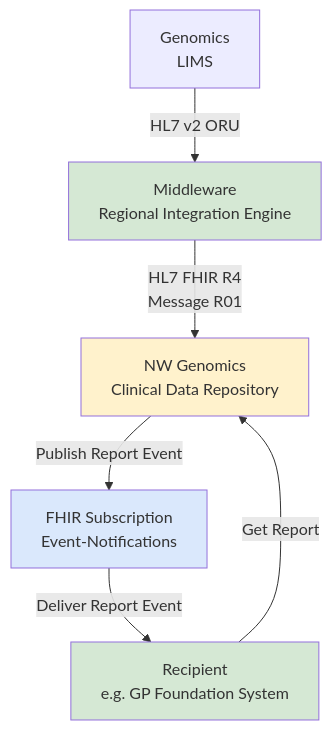
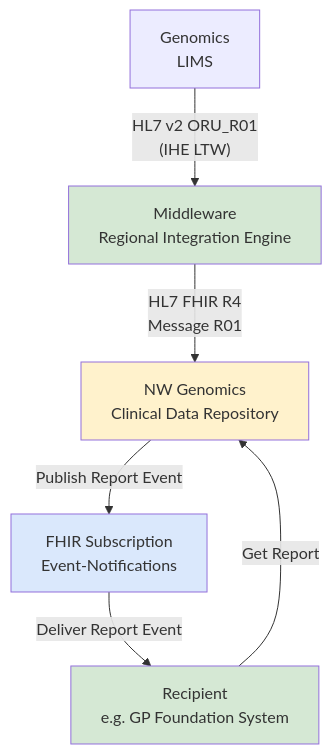
The fourth of 6 diagrams in input/pagecontent/index.md (uk-gov-mirror/nw-gmsa.nw-gmsa.github.com), drawn with Mermaid before and after one commit. The commit also changed other lines of this file, not shown here.

Commit message:
hyperlinks in mermaid diagram

````diff
--- a/input/pagecontent/index.md
+++ b/input/pagecontent/index.md
@@ -157,18 +161,18 @@
 ```mermaid
 graph TD;
 
-    LIMS[Genomics<br/>LIMS] --> |HL7 v2 ORU| RIE[Middleware<br/>Regional Integration Engine];
-    RIE --> |HL7 FHIR R4<br/>Message R01| CDR[NW Genomics<br/>Clinical Data Repository]
+    LIMS[Genomics<br/>LIMS] --> |" HL7 v2 ORU_R01<br/>(IHE LTW)"| RIE[Middleware<br/>Regional Integration Engine];
+    RIE --> |"HL7 FHIR R4<br/>Message R01"| CDR[NW Genomics<br/>Clinical Data Repository]
     CDR --> |Publish Report Event| SUB[FHIR Subscription<br/>Event-Notifications]
     SUB --> |Deliver Report Event| EPR["Recipient<br/>e.g. GP Foundation System"]
     EPR --> |Get Report| CDR
    
     classDef yellow fill:#FFF2CC;
     classDef green fill:#D5E8D4;
     classDef blue fill:#DAE8FC;
 
     class RIE green;
     class EPR green;
     class CDR yellow;
     class SUB blue;
 ```
````
